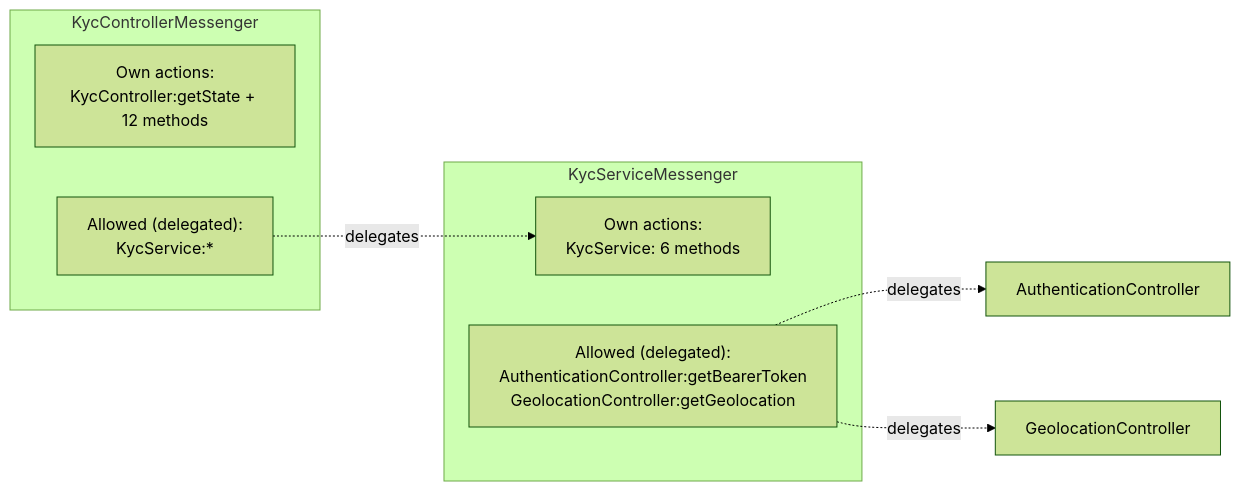
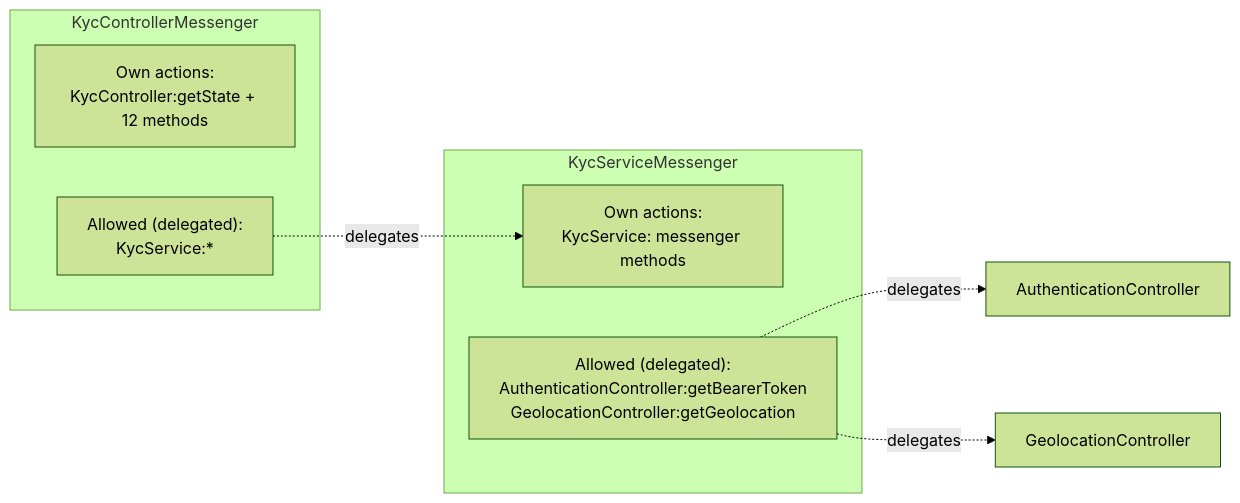
The eighth of 10 diagrams in packages/kyc-controller/ARCHITECTURE.md (MetaMask/core), drawn with Mermaid (forest theme) before and after one commit. The commit also changed other lines of this file and 9 other files, not shown here.

````diff
--- a/packages/kyc-controller/ARCHITECTURE.md
+++ b/packages/kyc-controller/ARCHITECTURE.md
@@ -506,15 +515,15 @@
 ```mermaid
 graph LR
     subgraph CtrlMsgr["KycControllerMessenger"]
         C_own["Own actions:<br/>KycController:getState + 12 methods"]
         C_ext["Allowed (delegated):<br/>KycService:*"]
     end
     subgraph SvcMsgr["KycServiceMessenger"]
-        S_own["Own actions:<br/>KycService: 6 methods"]
+        S_own["Own actions:<br/>KycService: messenger methods"]
         S_ext["Allowed (delegated):<br/>AuthenticationController:getBearerToken<br/>GeolocationController:getGeolocation"]
     end
 
     C_ext -.delegates.-> S_own
     S_ext -.delegates.-> Auth["AuthenticationController"]
     S_ext -.delegates.-> Geo["GeolocationController"]
 ```
````
